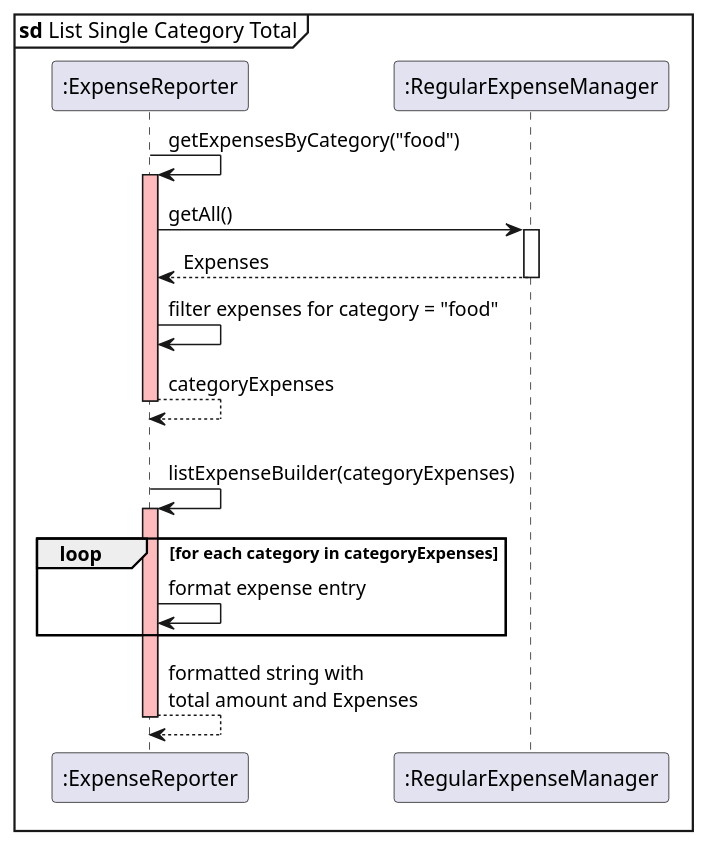
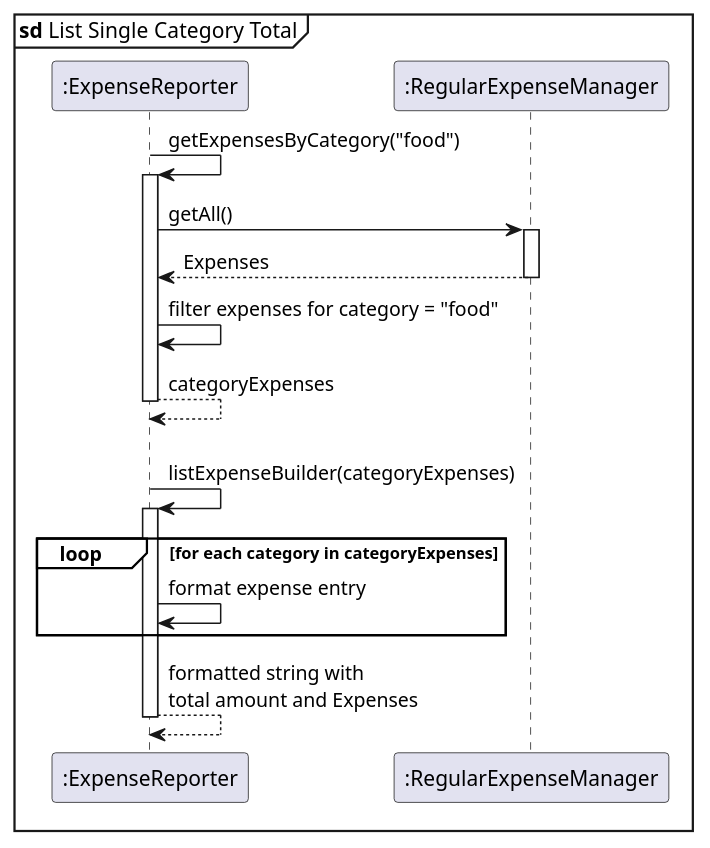
The diagram in docs/diagrams/sequence/summary_single.puml (randust/tp), drawn with PlantUML before and after one commit. The commit also changed 10 other files, not shown here.

Commit message:
minor cosmetic edits to sequence diagrams

```diff
--- a/docs/diagrams/sequence/summary_single.puml
+++ b/docs/diagrams/sequence/summary_single.puml
@@ -1,32 +1,32 @@
 @startuml
-skinparam SequenceBoxBackgroundColor lightblue
+skinparam SequenceGroupBackgroundColor white
 
 participant ":ExpenseReporter" as ER
 participant ":RegularExpenseManager" as REM
 
 mainframe **sd** List Single Category Total
 ER -> ER: getExpensesByCategory("food")
 
-activate ER #FFBBBB
+activate ER #white
 
 ER -> REM: getAll()
 activate REM
 
 REM --> ER: Expenses
 deactivate REM
 
 ER -> ER: filter expenses for category = "food"
 ER --> ER: categoryExpenses
 deactivate ER
 |||
 ER -> ER: listExpenseBuilder(categoryExpenses)
-activate ER #FFBBBB
+activate ER #white
 
 loop for each category in categoryExpenses
 ER -> ER: format expense entry
 end
 
 ER --> ER: formatted string with \ntotal amount and Expenses
 deactivate ER
 
 @enduml
```
